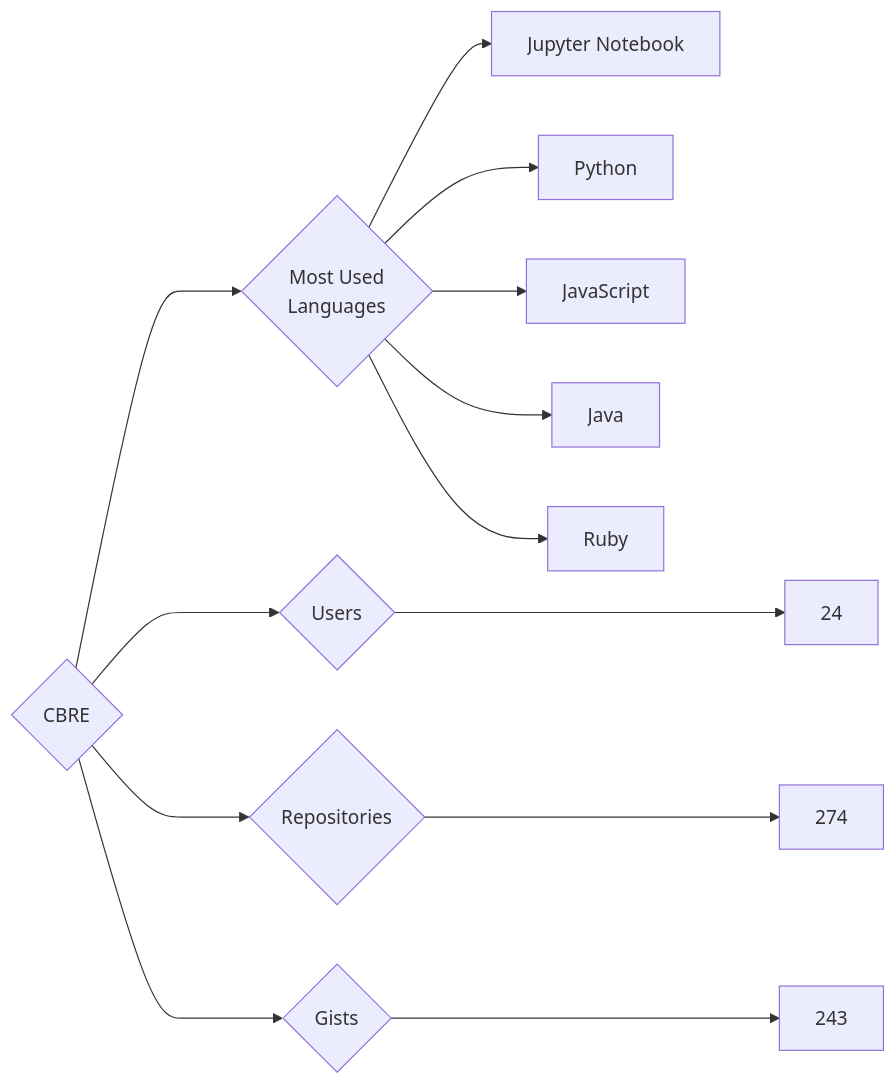
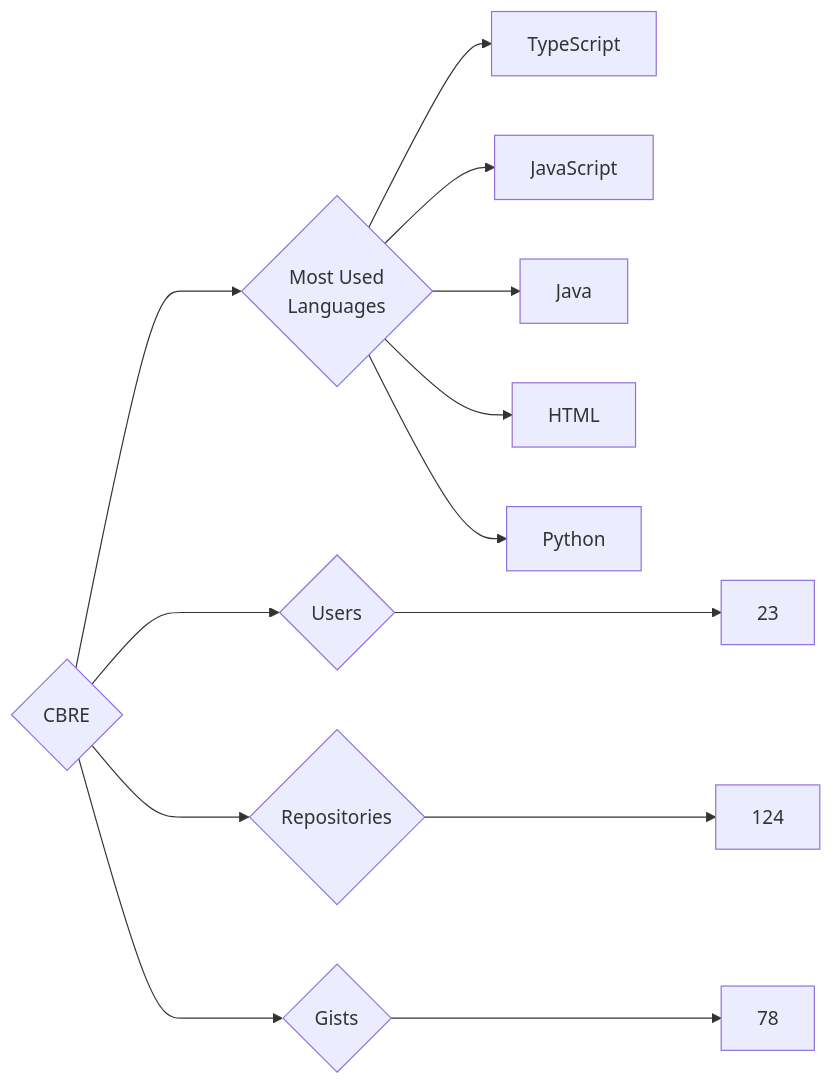
Before and after one commit to trickest/insiders: the diagram in targets/CBRE/README.md, drawn with Mermaid. The commit also changed 772 other files, not shown here.

````diff
--- a/targets/CBRE/README.md
+++ b/targets/CBRE/README.md
@@ -3,13 +3,13 @@
 ```mermaid
 graph LR
 COMPANY_NAME{CBRE}
-COMPANY_NAME ---> U{Users} ---> UN[24]
-COMPANY_NAME ---> R{Repositories} ---> RN[274]
-COMPANY_NAME ---> G{Gists} ---> GN[243]
+COMPANY_NAME ---> U{Users} ---> UN[23]
+COMPANY_NAME ---> R{Repositories} ---> RN[124]
+COMPANY_NAME ---> G{Gists} ---> GN[78]
 COMPANY_NAME ---> ML{Most Used<br>Languages}
-ML --> Jupyter_Notebook[Jupyter Notebook]
-ML --> Python[Python]
+ML --> TypeScript[TypeScript]
 ML --> JavaScript[JavaScript]
 ML --> Java[Java]
-ML --> Ruby[Ruby]
+ML --> HTML[HTML]
+ML --> Python[Python]
 ```
````
